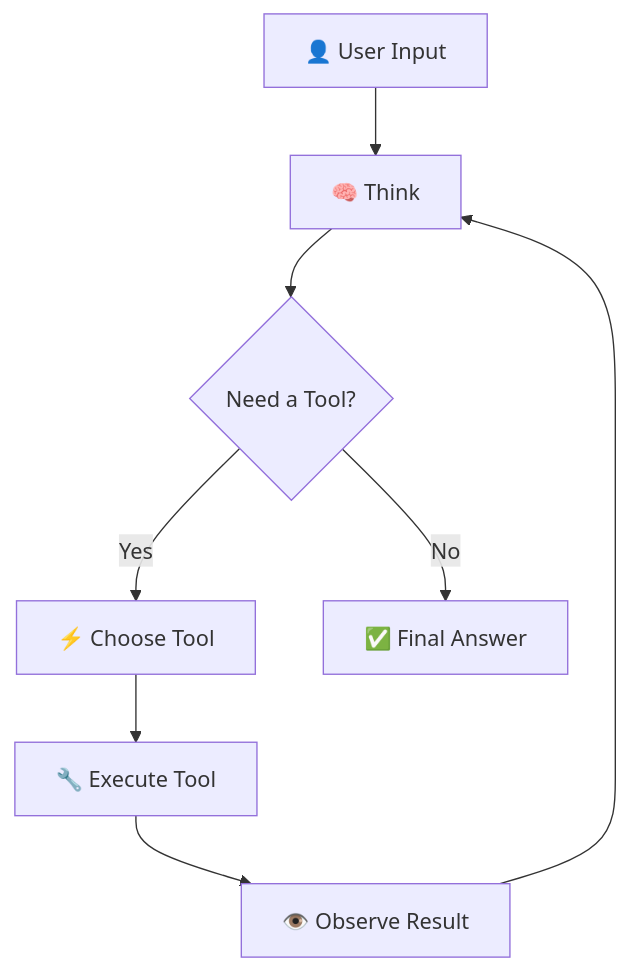
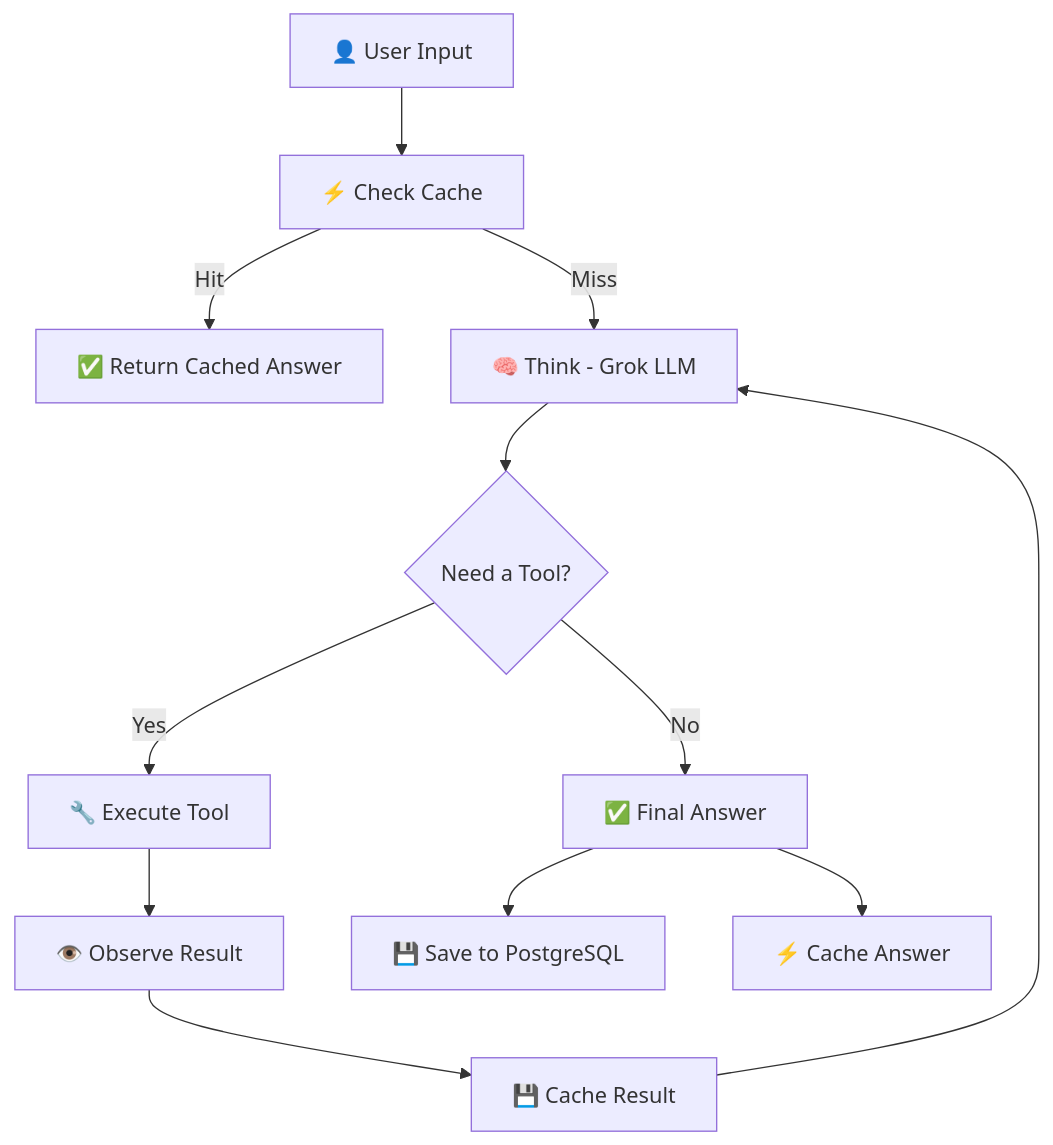
Before and after one commit to ranvirdeshmukh2004/My-AI-ReAct-Framework: the diagram in README.md, drawn with Mermaid. The commit also changed other lines of this file and 9 other files, not shown here.

Commit message:
Add PostgreSQL, Redis, ChromaDB database stack

````diff
--- a/README.md
+++ b/README.md
@@ -18,10 +15,14 @@
 ```mermaid
 graph TD
-    A[👤 User Input] --> B[🧠 Think]
-    B --> C{Need a Tool?}
-    C -->|Yes| D[⚡ Choose Tool]
-    D --> E[🔧 Execute Tool]
+    A[👤 User Input] --> B[⚡ Check Cache]
+    B -->|Hit| Z[✅ Return Cached Answer]
+    B -->|Miss| C[🧠 Think - Grok LLM]
+    C --> D{Need a Tool?}
+    D -->|Yes| E[🔧 Execute Tool]
     E --> F[👁️ Observe Result]
-    F --> B
-    C -->|No| G[✅ Final Answer]
+    F --> G[💾 Cache Result]
+    G --> C
+    D -->|No| H[✅ Final Answer]
+    H --> I[💾 Save to PostgreSQL]
+    H --> J[⚡ Cache Answer]
 ```
````
